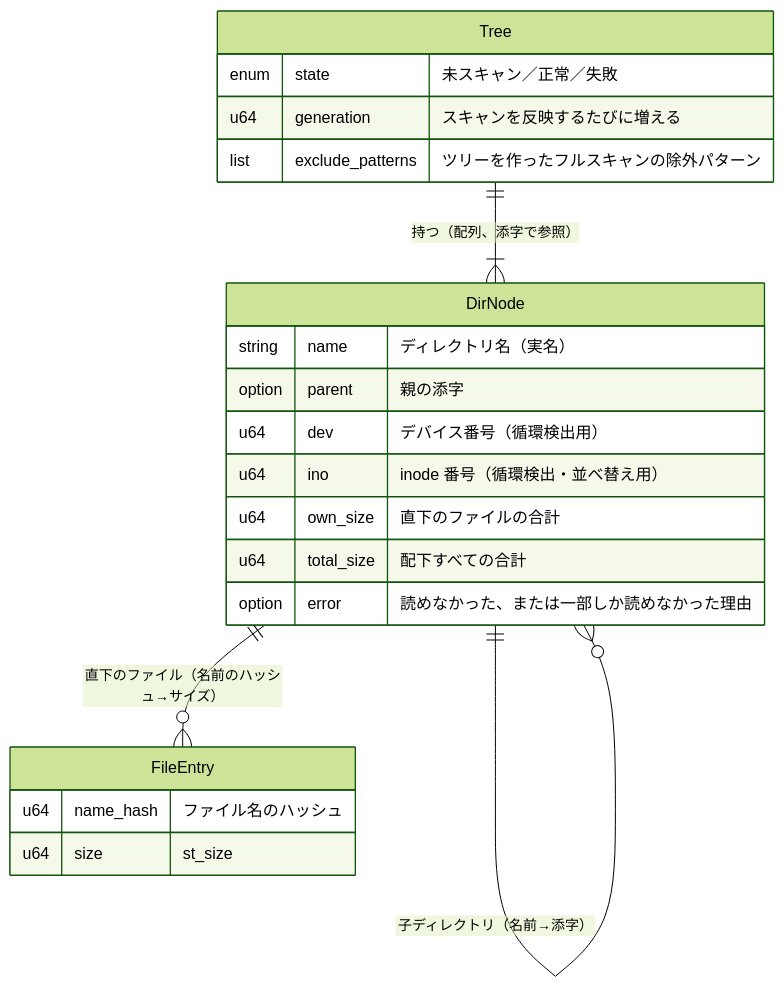
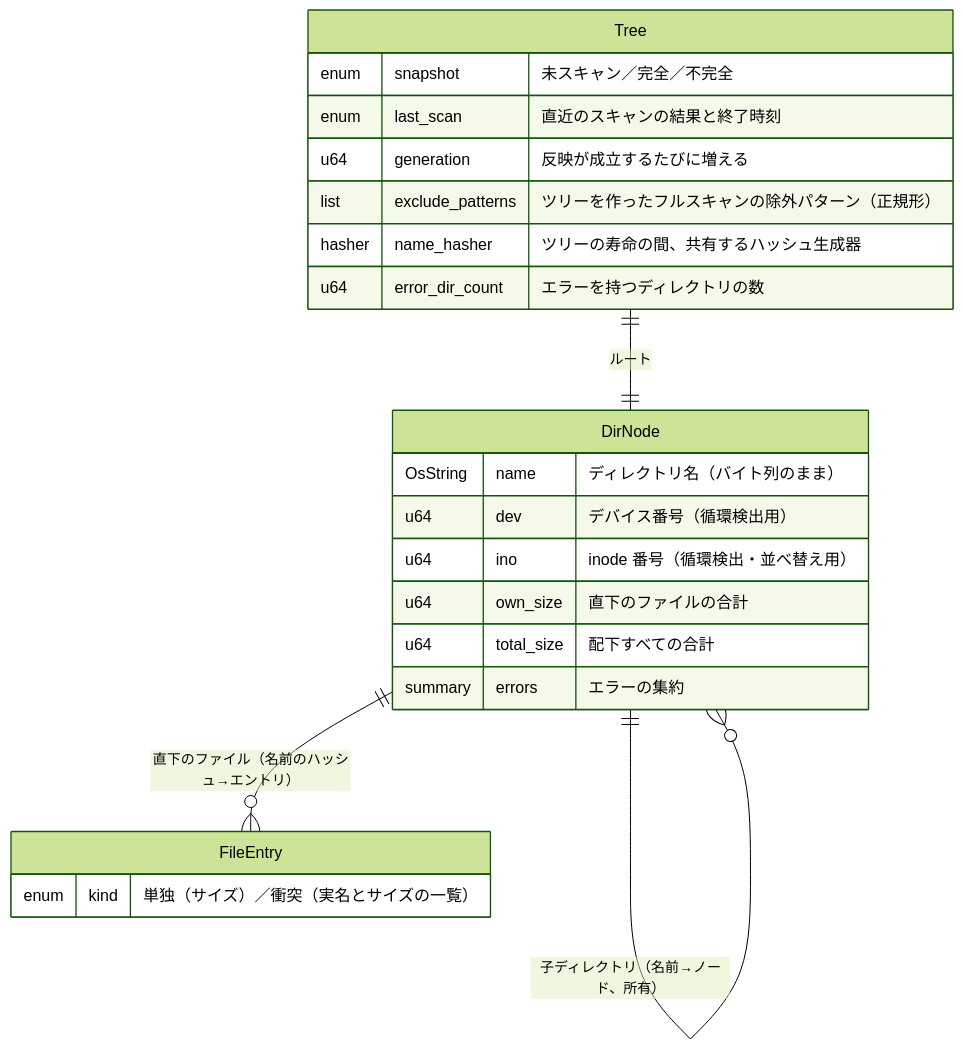
One commit to yumetodo/suminoe_file_server changed the second of 3 diagrams in doc/design/20261101_dir_scan_design.md. Above: the diagram before and after it, drawn with Mermaid (forest theme). The commit also changed other lines of this file, not shown here.

````diff
--- a/doc/design/20261101_dir_scan_design.md
+++ b/doc/design/20261101_dir_scan_design.md
@@ -125,24 +164,25 @@
 ```mermaid
 erDiagram
-    Tree ||--|{ DirNode : "持つ（配列、添字で参照）"
-    DirNode ||--o{ DirNode : "子ディレクトリ（名前→添字）"
-    DirNode ||--o{ FileEntry : "直下のファイル（名前のハッシュ→サイズ）"
+    Tree ||--|| DirNode : "ルート"
+    DirNode ||--o{ DirNode : "子ディレクトリ（名前→ノード、所有）"
+    DirNode ||--o{ FileEntry : "直下のファイル（名前のハッシュ→エントリ）"
     Tree {
-        enum state "未スキャン／正常／失敗"
-        u64 generation "スキャンを反映するたびに増える"
-        list exclude_patterns "ツリーを作ったフルスキャンの除外パターン"
+        enum snapshot "未スキャン／完全／不完全"
+        enum last_scan "直近のスキャンの結果と終了時刻"
+        u64 generation "反映が成立するたびに増える"
+        list exclude_patterns "ツリーを作ったフルスキャンの除外パターン（正規形）"
+        hasher name_hasher "ツリーの寿命の間、共有するハッシュ生成器"
+        u64 error_dir_count "エラーを持つディレクトリの数"
     }
     DirNode {
-        string name "ディレクトリ名（実名）"
-        option parent "親の添字"
+        OsString name "ディレクトリ名（バイト列のまま）"
         u64 dev "デバイス番号（循環検出用）"
         u64 ino "inode 番号（循環検出・並べ替え用）"
         u64 own_size "直下のファイルの合計"
         u64 total_size "配下すべての合計"
-        option error "読めなかった、または一部しか読めなかった理由"
+        summary errors "エラーの集約"
     }
     FileEntry {
-        u64 name_hash "ファイル名のハッシュ"
-        u64 size "st_size"
+        enum kind "単独（サイズ）／衝突（実名とサイズの一覧）"
     }
 ```
````
